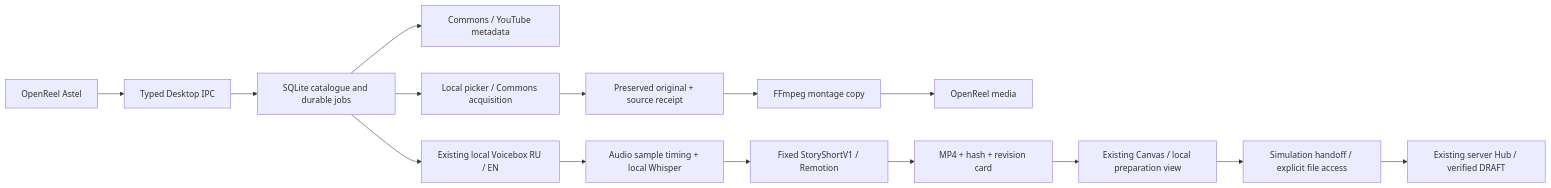
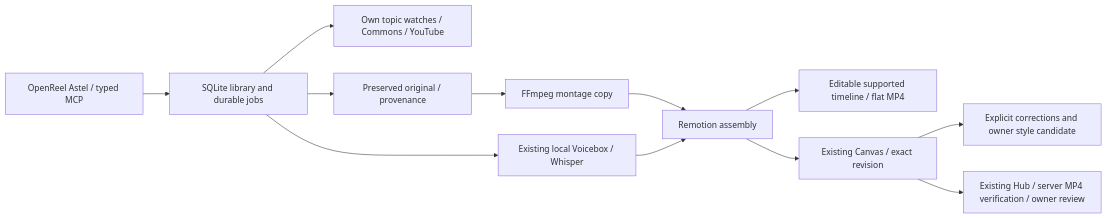
Before and after one commit to asteloleh-gif/video-editor: the diagram in docs/openreel/MEDIA_WORKSPACE.md, drawn with Mermaid. The commit also changed other lines of this file and 27 other files, not shown here.

Commit message:
Connect durable Astel video workspace, editable timelines and cloud review

````diff
--- a/docs/openreel/MEDIA_WORKSPACE.md
+++ b/docs/openreel/MEDIA_WORKSPACE.md
@@ -35,17 +19,14 @@
 ```mermaid
 flowchart LR
-  UI[OpenReel Astel] --> IPC[Typed Desktop IPC]
-  IPC --> DB[SQLite catalogue and durable jobs]
-  DB --> Search[Commons / YouTube metadata]
-  DB --> Acquire[Local picker / Commons acquisition]
-  Acquire --> RAW[Preserved original + source receipt]
+  UI[OpenReel Astel / typed MCP] --> Jobs[SQLite library and durable jobs]
+  Jobs --> Search[Own topic watches / Commons / YouTube]
+  Jobs --> RAW[Preserved original / provenance]
   RAW --> FF[FFmpeg montage copy]
-  FF --> Editor[OpenReel media]
-  DB --> Voice[Existing local Voicebox RU / EN]
-  Voice --> Timing[Audio sample timing + local Whisper]
-  Timing --> Render[Fixed StoryShortV1 / Remotion]
-  Render --> Review[MP4 + hash + revision card]
-  Review --> Canvas[Existing Canvas / local preparation view]
-  Canvas --> Handoff[Simulation handoff / explicit file access]
-  Handoff --> Hub[Existing server Hub / verified DRAFT]
+  Jobs --> Voice[Existing local Voicebox / Whisper]
+  FF --> Render[Remotion assembly]
+  Voice --> Render
+  Render --> Native[Editable supported timeline / flat MP4]
+  Render --> Canvas[Existing Canvas / exact revision]
+  Canvas --> Style[Explicit corrections and owner style candidate]
+  Canvas --> Hub[Existing Hub / server MP4 verification / owner review]
 ```
````
